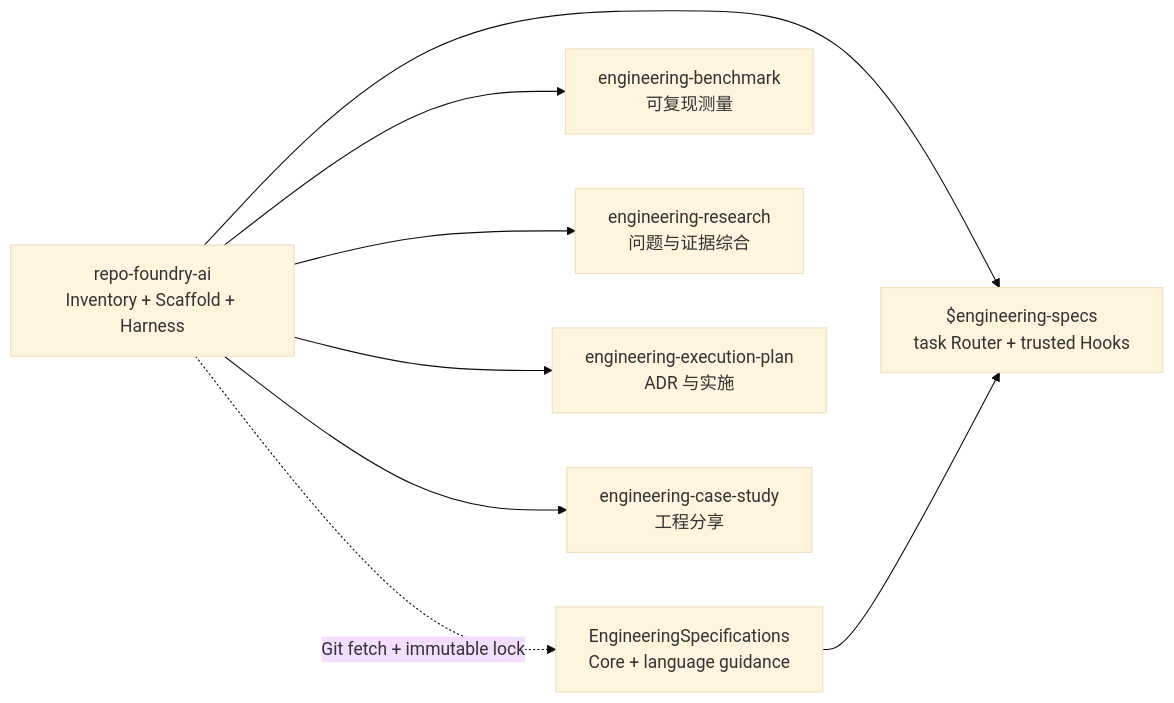
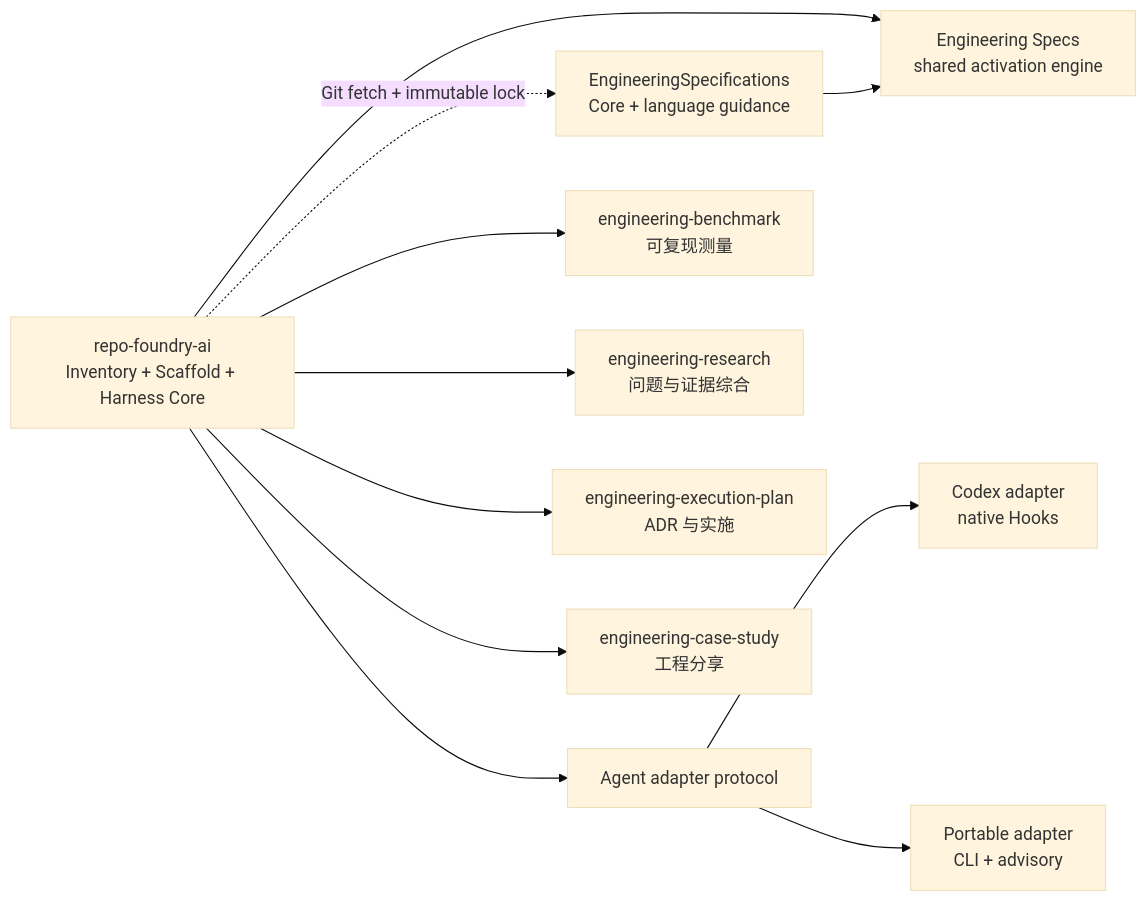
Before and after one commit to XiaoWeiKIN/RepoFoundryAI: the diagram in SKILL.md, drawn with Mermaid (base theme). The commit also changed other lines of this file and 38 other files, not shown here.

Commit message:
feat: add agent-neutral harness adapters

````diff
--- a/SKILL.md
+++ b/SKILL.md
@@ -13,11 +13,14 @@
 ```mermaid
 flowchart LR
-    W["repo-foundry-ai<br/>Inventory + Scaffold + Harness"]
+    W["repo-foundry-ai<br/>Inventory + Scaffold + Harness Core"]
     W -.->|"Git fetch + immutable lock"| S["EngineeringSpecifications<br/>Core + language guidance"]
-    W --> T["$engineering-specs<br/>task Router + trusted Hooks"]
+    W --> A["Agent adapter protocol"]
+    A --> X["Codex adapter<br/>native Hooks"]
+    A --> P["Portable adapter<br/>CLI + advisory"]
+    W --> T["Engineering Specs<br/>shared activation engine"]
     S --> T
     W --> B["engineering-benchmark<br/>可复现测量"]
     W --> R["engineering-research<br/>问题与证据综合"]
     W --> E["engineering-execution-plan<br/>ADR 与实施"]
     W --> C["engineering-case-study<br/>工程分享"]
 ```
````
